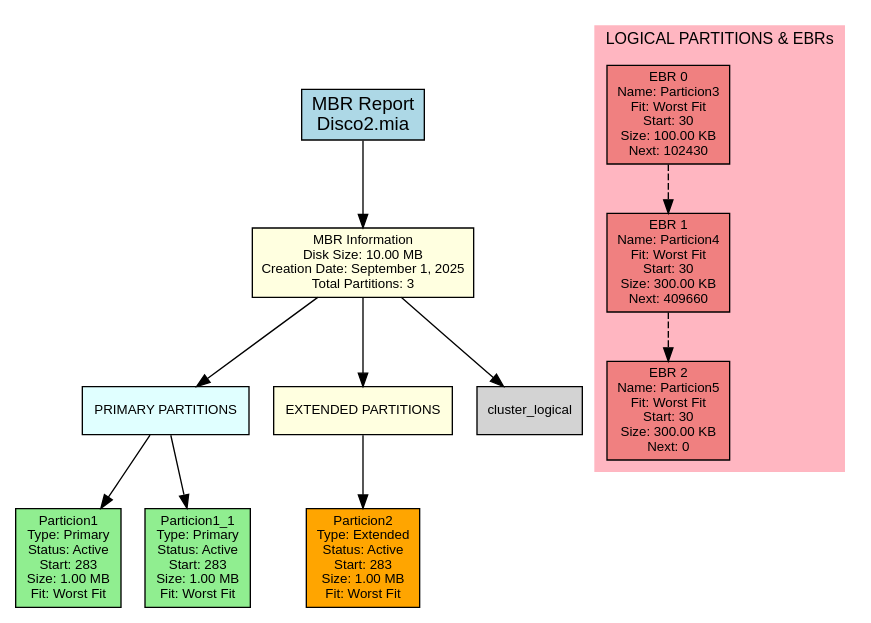
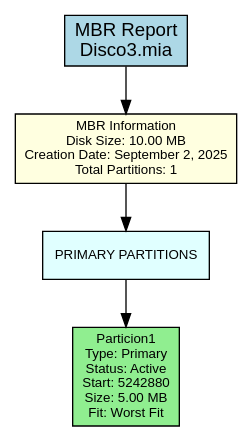
The diagram in backend/provider/reports/src/mbr_381A.dot (DiegVas/MIA_2S2025_P1_202300638), drawn with Graphviz before and after one commit. The commit also changed 10 other files, not shown here.

```diff
--- a/backend/provider/reports/src/mbr_381A.dot
+++ b/backend/provider/reports/src/mbr_381A.dot
@@ -1,39 +1,18 @@
 digraph MBR_Report {
     rankdir=TB;
     node [shape=box, style=filled];
     graph [fontname="Arial", fontsize=12];
     node [fontname="Arial", fontsize=10];
     edge [fontname="Arial"];
 
-    title [label="MBR Report\nDisco2.mia", fillcolor=lightblue, fontsize=14];
+    title [label="MBR Report\nDisco3.mia", fillcolor=lightblue, fontsize=14];
 
-    mbr_info [label="MBR Information\nDisk Size: 10.00 MB\nCreation Date: September 1, 2025\nTotal Partitions: 3", fillcolor=lightyellow];
+    mbr_info [label="MBR Information\nDisk Size: 10.00 MB\nCreation Date: September 2, 2025\nTotal Partitions: 1", fillcolor=lightyellow];
 
     primary_section [label="PRIMARY PARTITIONS", shape=box, style=filled, fillcolor=lightcyan];
-    primary_0 [label="Particion1\nType: Primary\nStatus: Active\nStart: 283\nSize: 1.00 MB\nFit: Worst Fit", fillcolor=lightgreen];
+    primary_0 [label="Particion1\nType: Primary\nStatus: Active\nStart: 5242880\nSize: 5.00 MB\nFit: Worst Fit", fillcolor=lightgreen];
     primary_section -> primary_0;
-    primary_1 [label="Particion1_1\nType: Primary\nStatus: Active\nStart: 283\nSize: 1.00 MB\nFit: Worst Fit", fillcolor=lightgreen];
-    primary_section -> primary_1;
-
-    extended_section [label="EXTENDED PARTITIONS", shape=box, style=filled, fillcolor=lightyellow];
-    extended_0 [label="Particion2\nType: Extended\nStatus: Active\nStart: 283\nSize: 1.00 MB\nFit: Worst Fit", fillcolor=orange];
-    extended_section -> extended_0;
-
-    subgraph cluster_logical {
-        label = "LOGICAL PARTITIONS & EBRs";
-        style = filled;
-        color = lightpink;
-        node [style=filled];
-
-        ebr_0 [label="EBR 0\nName: Particion3\nFit: Worst Fit\nStart: 30\nSize: 100.00 KB\nNext: 102430", shape=record, fillcolor=lightcoral];
-        ebr_1 [label="EBR 1\nName: Particion4\nFit: Worst Fit\nStart: 30\nSize: 300.00 KB\nNext: 409660", shape=record, fillcolor=lightcoral];
-        ebr_2 [label="EBR 2\nName: Particion5\nFit: Worst Fit\nStart: 30\nSize: 300.00 KB\nNext: 0", shape=record, fillcolor=lightcoral];
-        ebr_0 -> ebr_1 [style=dashed];
-        ebr_1 -> ebr_2 [style=dashed];
-    }
 
     title -> mbr_info;
     mbr_info -> primary_section;
-    mbr_info -> extended_section;
-    mbr_info -> cluster_logical;
 }
```
